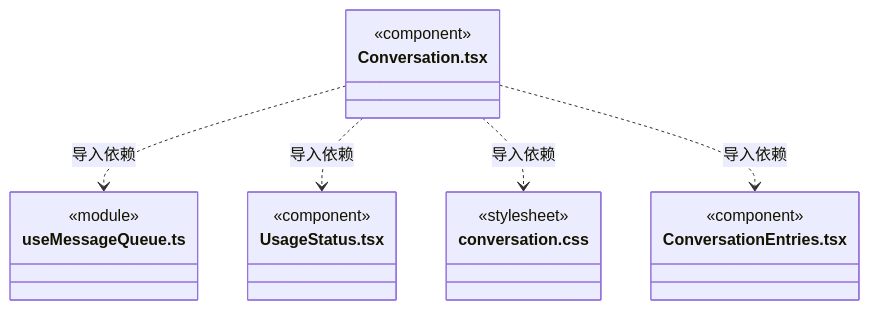
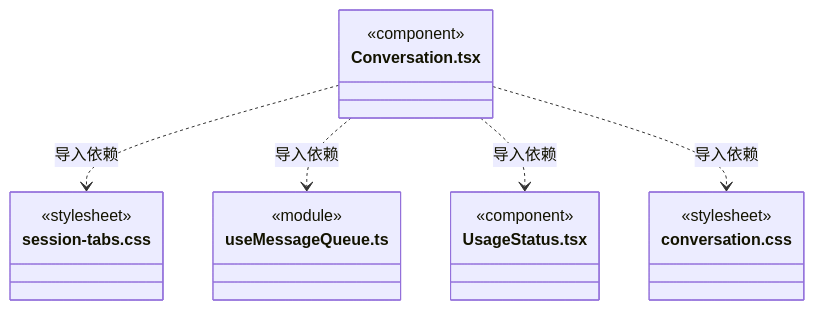
One commit to nan023062/cbim changed diagram 45 of 53 in src/view/conversation/ARCHITECTURE.md. Above: the diagram before and after it, drawn with Mermaid. The commit also changed other lines of this file and 37 other files, not shown here.

````diff
--- a/src/view/conversation/ARCHITECTURE.md
+++ b/src/view/conversation/ARCHITECTURE.md
@@ -646,22 +669,22 @@
 ```mermaid
 classDiagram
 class N_src_view_conversation_Conversation_tsx["Conversation.tsx"] {
   <<component>>
+}
+class N_src_view_conversation_session_tabs_css["session-tabs.css"] {
+  <<stylesheet>>
 }
 class N_src_view_conversation_useMessageQueue_ts["useMessageQueue.ts"] {
   <<module>>
 }
 class N_src_view_conversation_UsageStatus_tsx["UsageStatus.tsx"] {
   <<component>>
 }
 class N_src_view_conversation_conversation_css["conversation.css"] {
   <<stylesheet>>
 }
-class N_src_view_conversation_ConversationEntries_tsx["ConversationEntries.tsx"] {
-  <<component>>
-}
+N_src_view_conversation_Conversation_tsx ..> N_src_view_conversation_session_tabs_css : 导入依赖
 N_src_view_conversation_Conversation_tsx ..> N_src_view_conversation_useMessageQueue_ts : 导入依赖
 N_src_view_conversation_Conversation_tsx ..> N_src_view_conversation_UsageStatus_tsx : 导入依赖
 N_src_view_conversation_Conversation_tsx ..> N_src_view_conversation_conversation_css : 导入依赖
-N_src_view_conversation_Conversation_tsx ..> N_src_view_conversation_ConversationEntries_tsx : 导入依赖
 ```
````
